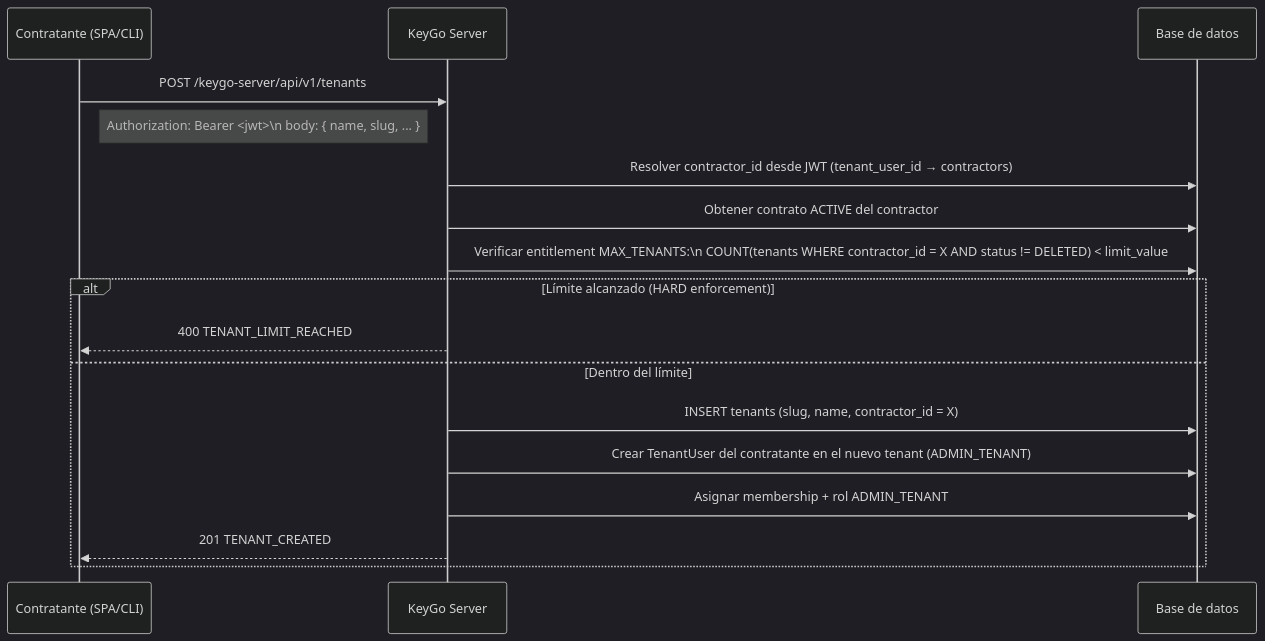
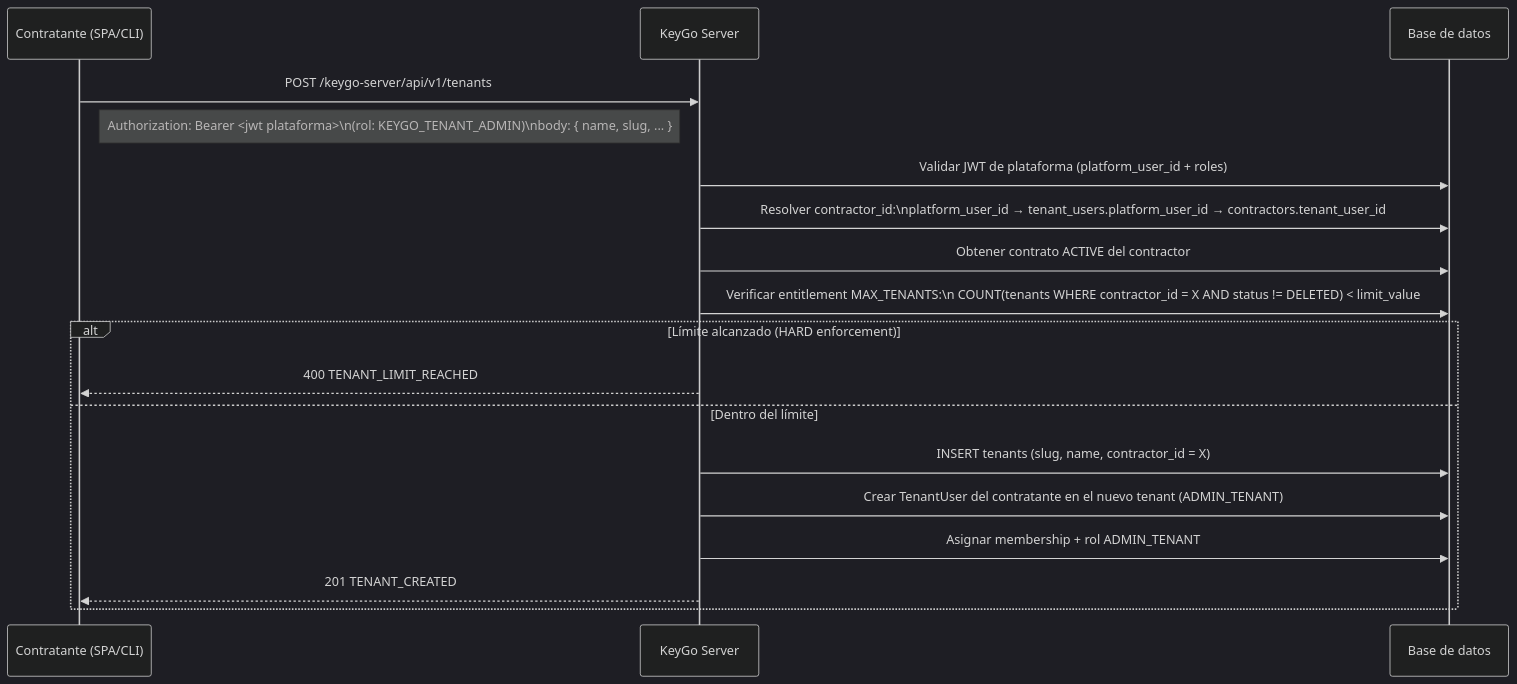
One commit to cmartinezs/keygo-web-ui changed the seventh of 10 diagrams in docs/BILLING_FLOW.md. Above: the diagram before and after it, drawn with Mermaid (dark theme). The commit also changed other lines of this file and 39 other files, not shown here.

````diff
--- a/docs/BILLING_FLOW.md
+++ b/docs/BILLING_FLOW.md
@@ -315,22 +420,23 @@
 ```mermaid
 sequenceDiagram
     participant C as Contratante (SPA/CLI)
     participant K as KeyGo Server
     participant DB as Base de datos
 
     C->>K: POST /keygo-server/api/v1/tenants
-    Note right of C: Authorization: Bearer <jwt>\n body: { name, slug, ... }
+    Note right of C: Authorization: Bearer <jwt plataforma>\n(rol: KEYGO_TENANT_ADMIN)\nbody: { name, slug, ... }
 
-    K->>DB: Resolver contractor_id desde JWT (tenant_user_id → contractors)
+    K->>DB: Validar JWT de plataforma (platform_user_id + roles)
+    K->>DB: Resolver contractor_id:\nplatform_user_id → tenant_users.platform_user_id → contractors.tenant_user_id
     K->>DB: Obtener contrato ACTIVE del contractor
     K->>DB: Verificar entitlement MAX_TENANTS:\n COUNT(tenants WHERE contractor_id = X AND status != DELETED) < limit_value
 
     alt Límite alcanzado (HARD enforcement)
         K-->>C: 400 TENANT_LIMIT_REACHED
     else Dentro del límite
         K->>DB: INSERT tenants (slug, name, contractor_id = X)
         K->>DB: Crear TenantUser del contratante en el nuevo tenant (ADMIN_TENANT)
         K->>DB: Asignar membership + rol ADMIN_TENANT
         K-->>C: 201 TENANT_CREATED
     end
 ```
````
